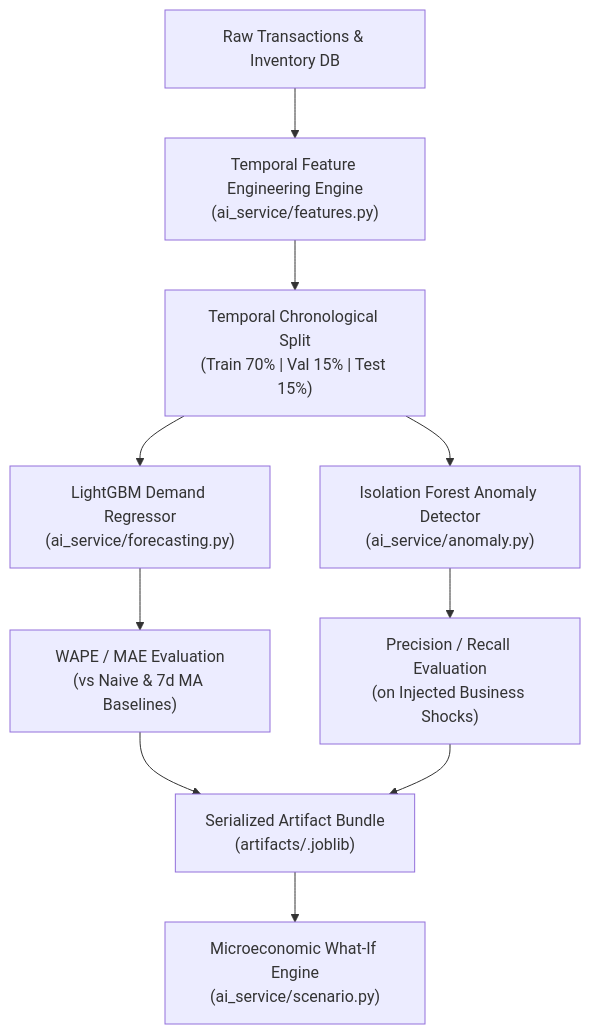
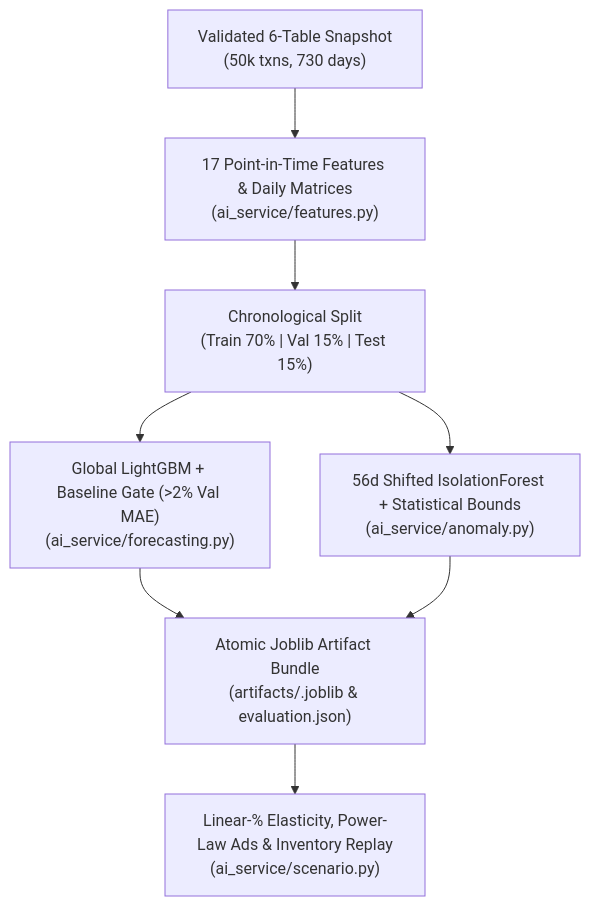
The diagram in docs/ml-training-and-data.md (NguyenTriBaoThang/DecisionPilotAI), drawn with Mermaid before and after one commit. The commit also changed other lines of this file and 67 other files, not shown here.

````diff
--- a/docs/ml-training-and-data.md
+++ b/docs/ml-training-and-data.md
@@ -13,16 +11,13 @@
 ```mermaid
 flowchart TD
-    Raw["Raw Transactions & Inventory DB"] --> FeatEng["Temporal Feature Engineering Engine<br/>(ai_service/features.py)"]
-    FeatEng --> Split["Temporal Chronological Split<br/>(Train 70% | Val 15% | Test 15%)"]
-    
-    Split --> Model1["LightGBM Demand Regressor<br/>(ai_service/forecasting.py)"]
-    Split --> Model2["Isolation Forest Anomaly Detector<br/>(ai_service/anomaly.py)"]
-    
-    Model1 --> Eval1["WAPE / MAE Evaluation<br/>(vs Naive & 7d MA Baselines)"]
-    Model2 --> Eval2["Precision / Recall Evaluation<br/>(on Injected Business Shocks)"]
-    
-    Eval1 --> Bundle["Serialized Artifact Bundle<br/>(artifacts/<dataset_id>.joblib)"]
-    Eval2 --> Bundle
-    
-    Bundle --> Simulator["Microeconomic What-If Engine<br/>(ai_service/scenario.py)"]
+    Raw["Validated 6-Table Snapshot<br/>(50k txns, 730 days)"] --> FeatEng["17 Point-in-Time Features & Daily Matrices<br/>(ai_service/features.py)"]
+    FeatEng --> Split["Chronological Split<br/>(Train 70% | Val 15% | Test 15%)"]
+
+    Split --> Model1["Global LightGBM + Baseline Gate (>2% Val MAE)<br/>(ai_service/forecasting.py)"]
+    Split --> Model2["56d Shifted IsolationForest + Statistical Bounds<br/>(ai_service/anomaly.py)"]
+
+    Model1 --> Bundle["Atomic Joblib Artifact Bundle<br/>(artifacts/<dataset_id>.joblib & evaluation.json)"]
+    Model2 --> Bundle
+
+    Bundle --> Simulator["Linear-% Elasticity, Power-Law Ads & Inventory Replay<br/>(ai_service/scenario.py)"]
 ```
````
